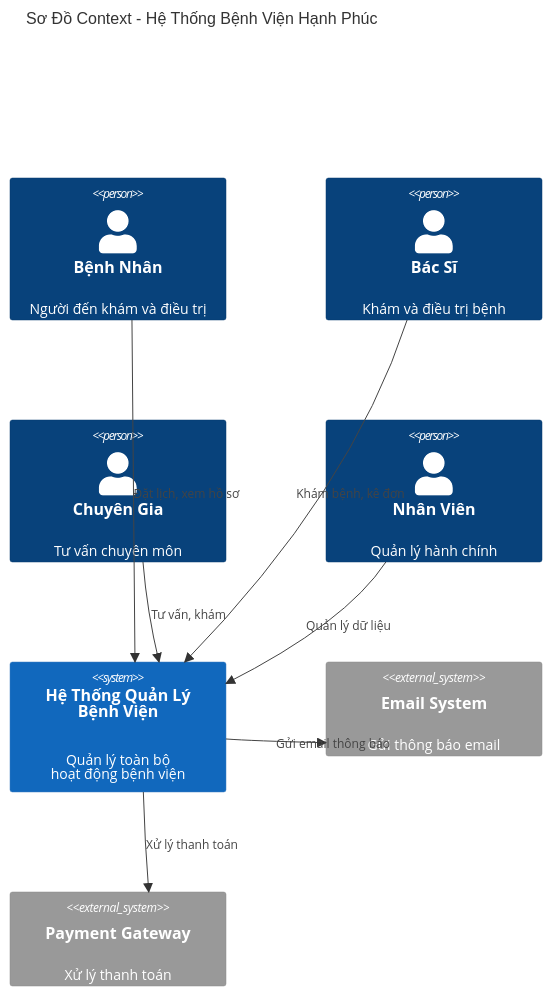
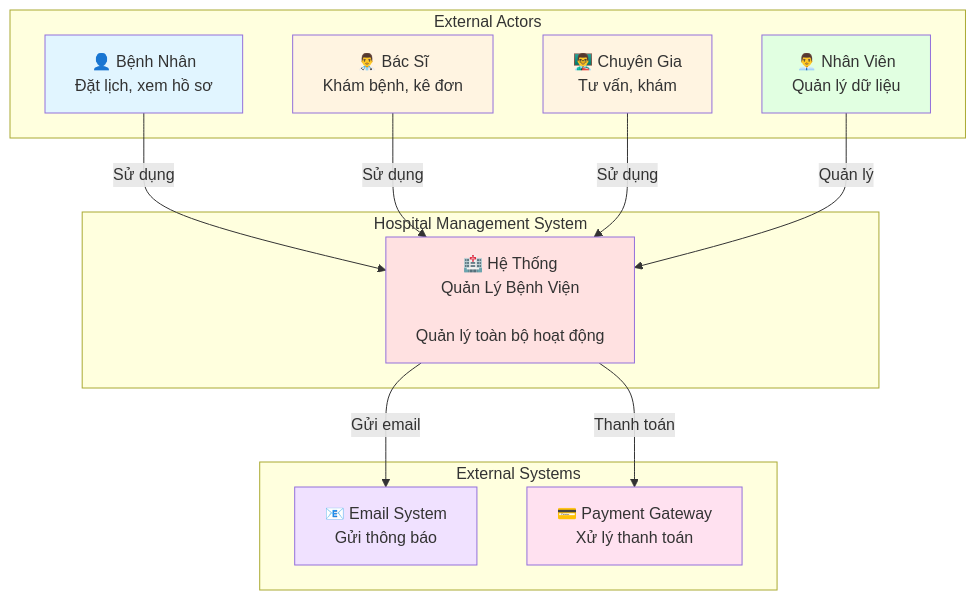
The fifth of 5 diagrams in docs/domain-overview.md (DangThiNhuQuynh19/KhoaLuanTotNghiep), drawn with Mermaid before and after one commit. The commit also changed 1 other file, not shown here.

Commit message:
Fix documentation issues: correct model file path, date, and diagram syntax

````diff
--- a/docs/domain-overview.md
+++ b/docs/domain-overview.md
@@ -165,22 +165,34 @@
 ```mermaid
-C4Context
-    title Sơ Đồ Context - Hệ Thống Bệnh Viện Hạnh Phúc
-
-    Person(benhnhan, "Bệnh Nhân", "Người đến khám và điều trị")
-    Person(bacsi, "Bác Sĩ", "Khám và điều trị bệnh")
-    Person(chuyengia, "Chuyên Gia", "Tư vấn chuyên môn")
-    Person(nhanvien, "Nhân Viên", "Quản lý hành chính")
+graph TB
+    subgraph "External Actors"
+        BN[👤 Bệnh Nhân<br/>Đặt lịch, xem hồ sơ]
+        BS[👨‍⚕️ Bác Sĩ<br/>Khám bệnh, kê đơn]
+        CG[👨‍🏫 Chuyên Gia<br/>Tư vấn, khám]
+        NV[👨‍💼 Nhân Viên<br/>Quản lý dữ liệu]
+    end
     
-    System(hethong, "Hệ Thống Quản Lý<br/>Bệnh Viện", "Quản lý toàn bộ<br/>hoạt động bệnh viện")
+    subgraph "Hospital Management System"
+        HT[🏥 Hệ Thống<br/>Quản Lý Bệnh Viện<br/><br/>Quản lý toàn bộ hoạt động]
+    end
     
-    System_Ext(email, "Email System", "Gửi thông báo email")
-    System_Ext(payment, "Payment Gateway", "Xử lý thanh toán")
+    subgraph "External Systems"
+        EM[📧 Email System<br/>Gửi thông báo]
+        PM[💳 Payment Gateway<br/>Xử lý thanh toán]
+    end
     
-    Rel(benhnhan, hethong, "Đặt lịch, xem hồ sơ")
-    Rel(bacsi, hethong, "Khám bệnh, kê đơn")
-    Rel(chuyengia, hethong, "Tư vấn, khám")
-    Rel(nhanvien, hethong, "Quản lý dữ liệu")
+    BN -->|Sử dụng| HT
+    BS -->|Sử dụng| HT
+    CG -->|Sử dụng| HT
+    NV -->|Quản lý| HT
     
-    Rel(hethong, email, "Gửi email thông báo")
-    Rel(hethong, payment, "Xử lý thanh toán")
+    HT -->|Gửi email| EM
+    HT -->|Thanh toán| PM
+    
+    style BN fill:#e1f5ff
+    style BS fill:#fff4e1
+    style CG fill:#fff4e1
+    style NV fill:#e1ffe1
+    style HT fill:#ffe1e1
+    style EM fill:#f0e1ff
+    style PM fill:#ffe1f0
 ```
````
